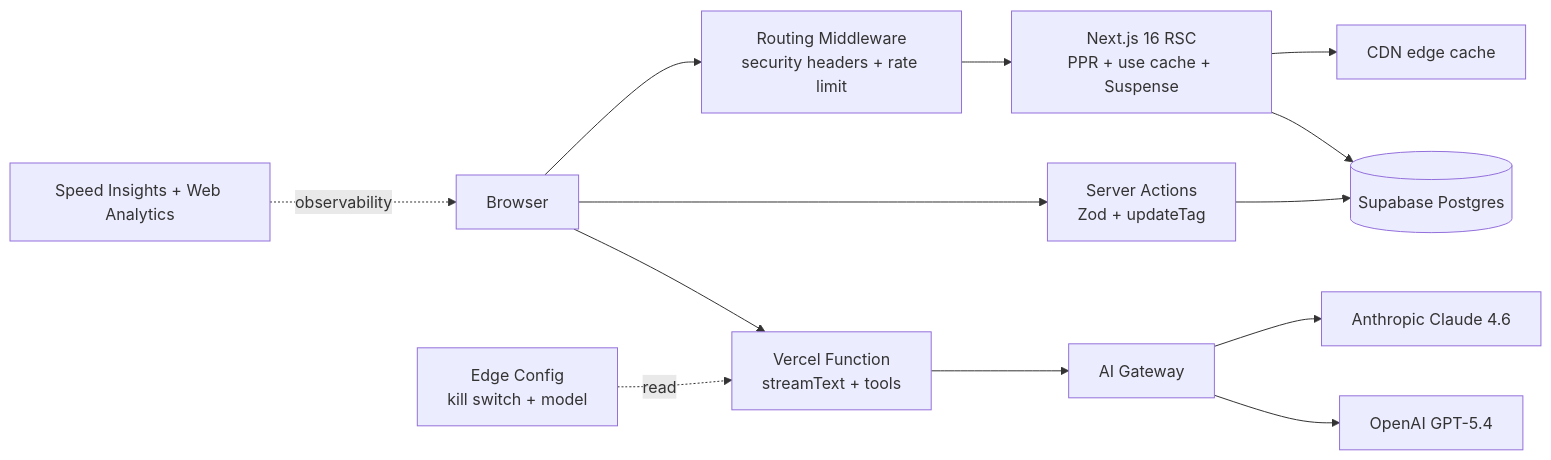
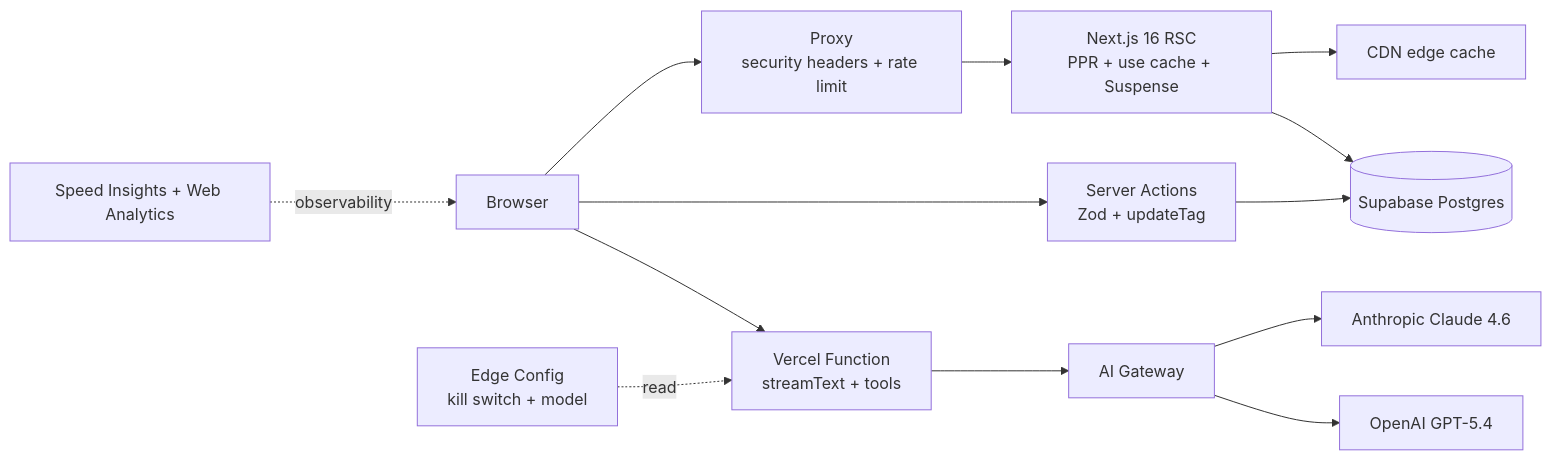
The diagram in README.md (benrgross/dochub), drawn with Mermaid before and after one commit. The commit also changed other lines of this file and 2 other files, not shown here.

Commit message:
chore: migrate middleware to proxy convention; remove OG image route
- rename middleware.ts -> proxy.ts and the exported function to proxy(),
  per Next.js 16's renamed convention (clears the deprecation warning).
  Matcher and behavior unchanged.
- remove the dynamic opengraph-image route: it 404s under Cache Components
  for dynamic [crId] params; the openGraph title/description metadata stays.
- update README references.

````diff
--- a/README.md
+++ b/README.md
@@ -33,15 +33,15 @@
 ```mermaid
 flowchart LR
-  user[Browser] --> middleware[Routing Middleware<br/>security headers + rate limit]
-  middleware --> rsc[Next.js 16 RSC<br/>PPR + use cache + Suspense]
+  user[Browser] --> proxy[Proxy<br/>security headers + rate limit]
+  proxy --> rsc[Next.js 16 RSC<br/>PPR + use cache + Suspense]
   rsc --> cdn[CDN edge cache]
   rsc --> supabase[(Supabase Postgres)]
   user --> action[Server Actions<br/>Zod + updateTag]
   action --> supabase
   user --> ai[Vercel Function<br/>streamText + tools]
   ai --> gateway[AI Gateway]
   gateway --> claude[Anthropic Claude 4.6]
   gateway --> gpt[OpenAI GPT-5.4]
   edgeconfig[Edge Config<br/>kill switch + model] -.read.-> ai
   speed[Speed Insights + Web Analytics] -.observability.-> user
 ```
````
